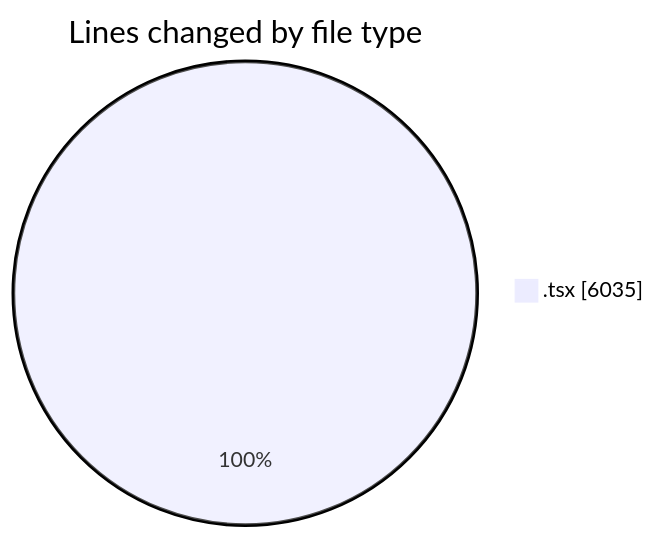
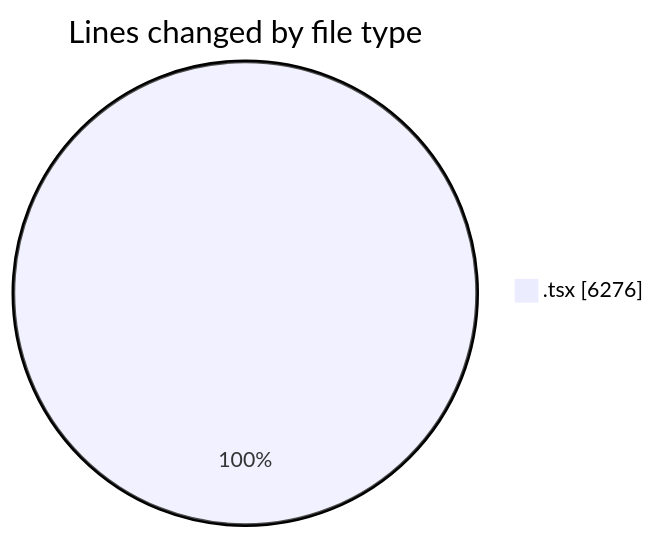
One commit to momahboobian/code-tracking changed the first of 2 diagrams in 2025-12-04/cda/README.md. Above: the diagram before and after it, drawn with Mermaid. The commit also changed other lines of this file and 1 other file, not shown here.

````diff
--- a/2025-12-04/cda/README.md
+++ b/2025-12-04/cda/README.md
@@ -22,5 +23,5 @@
 ```mermaid
 pie showData
 title Lines changed by file type
-".tsx" : 6035
+".tsx" : 6276
 ```
````
